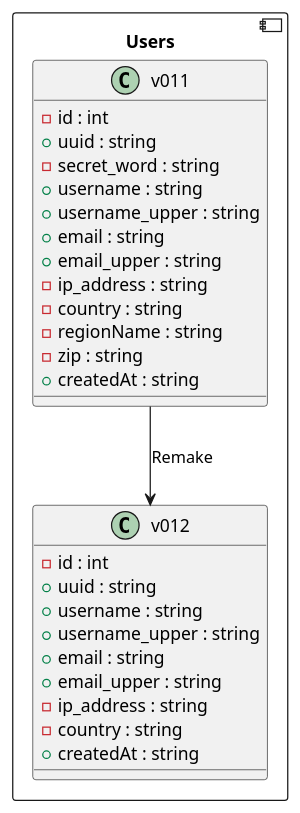
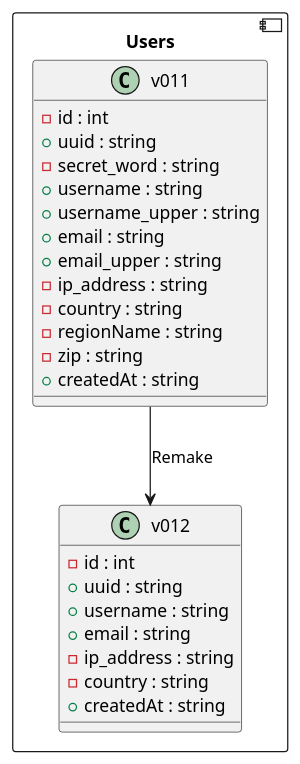
One commit to thefuture-industries/watchit-backend changed the diagram in docs/uml/server/database/users.database.puml. Above: the diagram before and after it, drawn with PlantUML. The commit also changed 14 other files, not shown here.

```diff
--- a/docs/uml/server/database/users.database.puml
+++ b/docs/uml/server/database/users.database.puml
@@ -1,32 +1,30 @@
 @startuml user.database
 component Users {
     class v012 {
         -id : int
         +uuid : string
         +username : string
-        +username_upper : string
         +email : string
-        +email_upper : string
         -ip_address : string
         -country : string
         +createdAt : string
     }
 
     class v011 {
         -id : int
         +uuid : string
         -secret_word : string
         +username : string
         +username_upper : string
         +email : string
         +email_upper : string
         -ip_address : string
         -country : string
         -regionName : string
         -zip : string
         +createdAt : string
     }
 
     v011 --> v012 : Remake
 }
 @enduml
```
